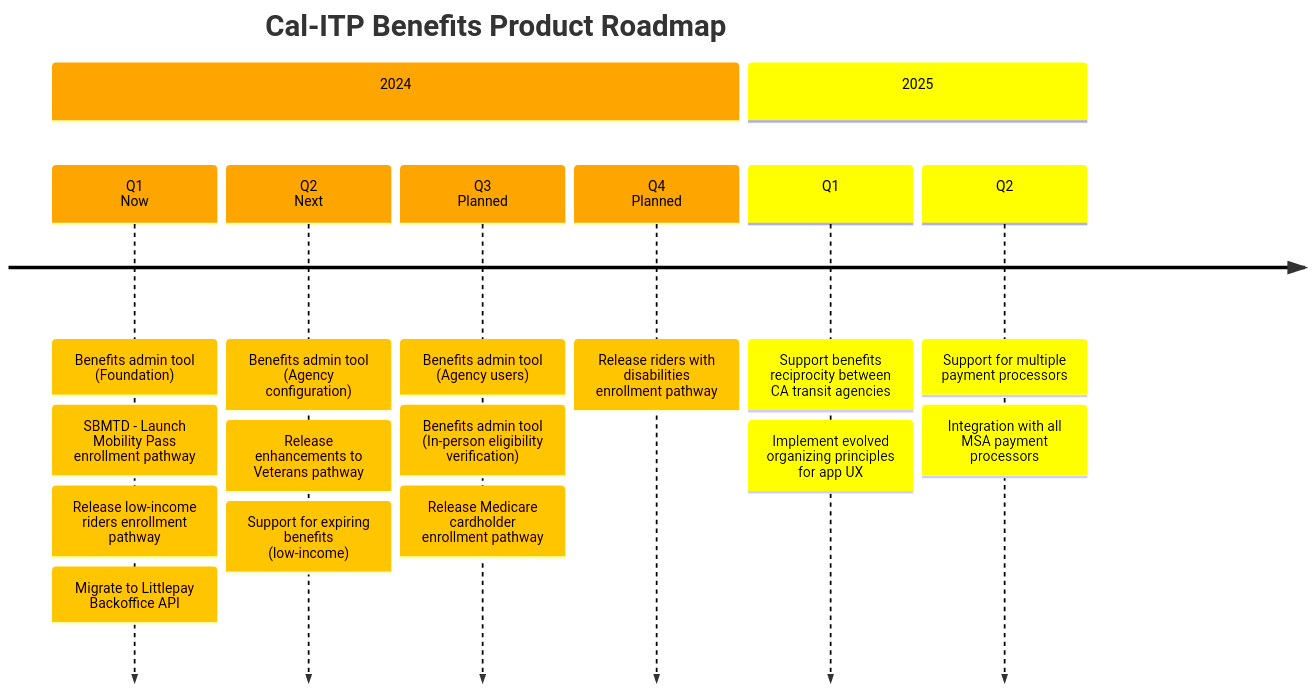
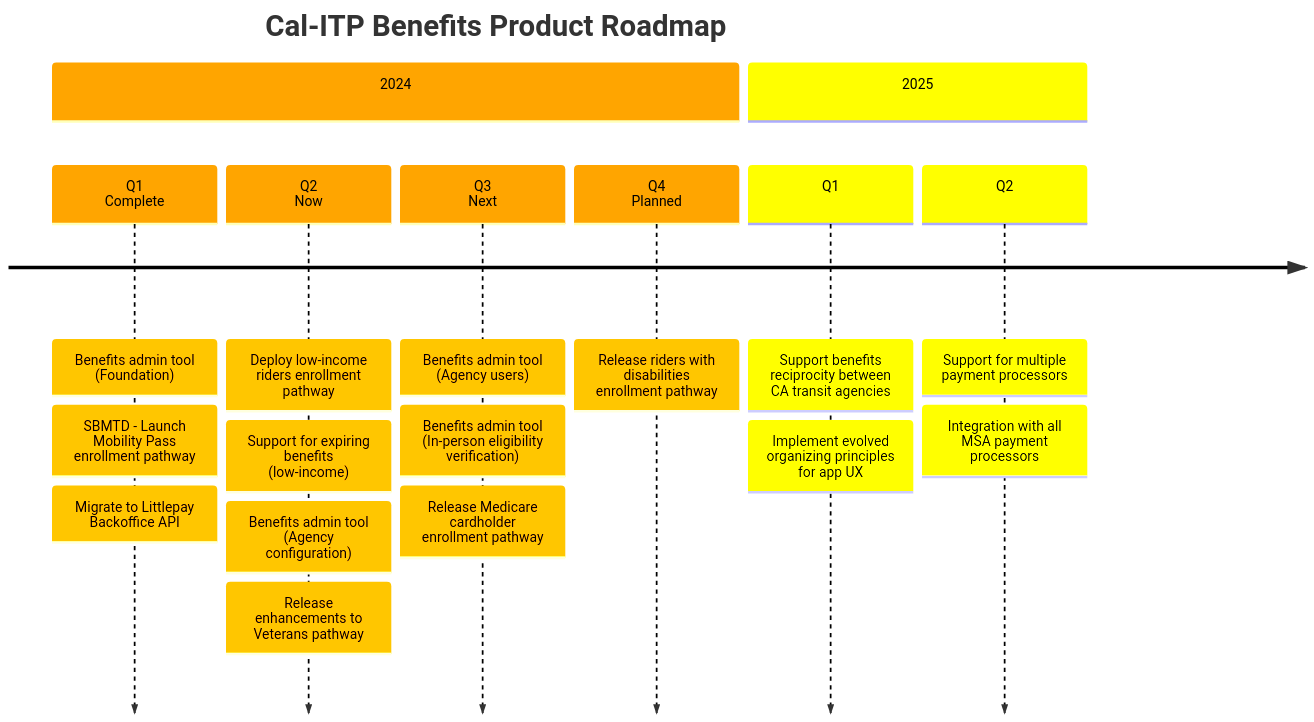
The diagram in docs/enrollment-pathways/README.md (cal-itp/benefits), drawn with Mermaid before and after one commit.

Commit message:
Updates to Cal-ITP Benefits product roadmap
- Updated status labels for Q1, Q2, and Q3.
- Moved low-income milestone forward to Q2.
- Rearanged the order of milestones in Q2.

````diff
--- a/docs/enrollment-pathways/README.md
+++ b/docs/enrollment-pathways/README.md
@@ -19,53 +19,53 @@
 ```mermaid
 timeline
 ---
 title Cal-ITP Benefits Product Roadmap
 ----
 %%{
     init: {
         'logLevel': 'debug',
         'theme': 'default' ,
         'themeVariables': {
             'cScale0': '#ffa500', 'cScaleLabel0': '#000000',
             'cScale1': '#ffff00', 'cScaleLabel1': '#000000',
             'cScale2': '#ffff00', 'cScaleLabel2': '#000000',
             'cScale3': '#008000', 'cScaleLabel3': '#ffffff',
             'cScale4': '#0000ff', 'cScaleLabel4': '#ffffff',
             'cScale5': '#4b0082', 'cScaleLabel5': '#ffffff',
             'cScale6': '#000000', 'cScaleLabel6': '#ffffff'
         }
     }
 }%%
 %% Cal-ITP Benefits Epics (2024)
           section 2024
 
-          Q1<br>Now
+          Q1<br>Complete
           : Benefits admin tool (Foundation)
           : SBMTD - Launch Mobility Pass enrollment pathway
-          : Release low-income riders enrollment pathway
           : Migrate to Littlepay Backoffice API
 
-          Q2<br>Next
+          Q2<br>Now
+          : Deploy low-income riders enrollment pathway
+          : Support for expiring benefits (low-income)    
           : Benefits admin tool (Agency configuration)
           : Release enhancements to Veterans pathway
-          : Support for expiring benefits (low-income)
 
-          Q3<br>Planned
+          Q3<br>Next
           : Benefits admin tool (Agency users)
           : Benefits admin tool (In-person eligibility verification)
           : Release Medicare cardholder enrollment pathway
 
           Q4<br>Planned
           : Release riders with disabilities enrollment pathway
 
 %% Cal-ITP Benefits Epics (2025)
           section 2025
 
           Q1
           : Support benefits reciprocity between CA transit agencies
           : Implement evolved organizing principles for app UX
 
           Q2
           : Support for multiple payment processors
           : Integration with all MSA payment processors
 ```
````
